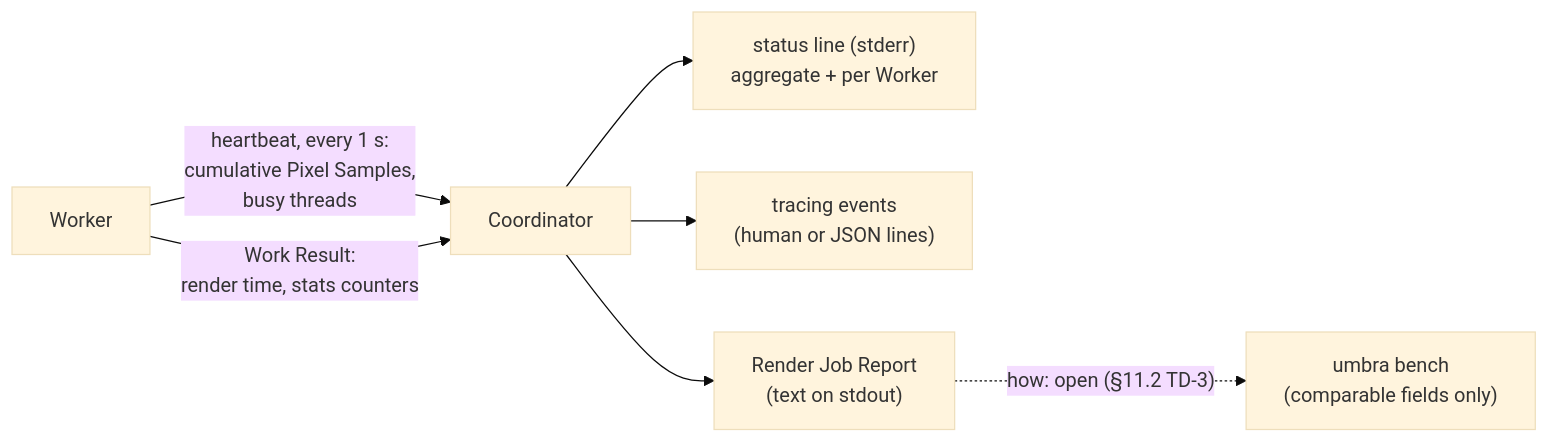
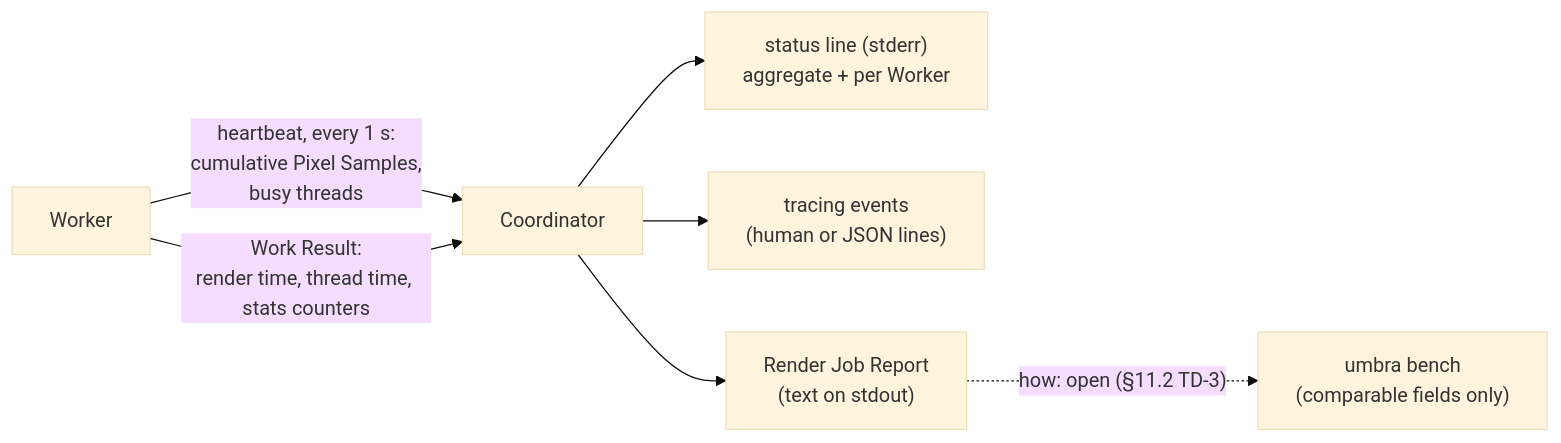
One commit to sergioffpc/umbra changed the eighth of 11 diagrams in docs/architecture/08-crosscutting-concepts.md. Above: the diagram before and after it, drawn with Mermaid (base theme). The commit also changed other lines of this file and 15 other files, not shown here.

````diff
--- a/docs/architecture/08-crosscutting-concepts.md
+++ b/docs/architecture/08-crosscutting-concepts.md
@@ -244,9 +244,9 @@
 ```mermaid
 flowchart LR
     W["Worker"] -->|"heartbeat, every 1 s:<br/>cumulative Pixel Samples,<br/>busy threads"| C["Coordinator"]
-    W -->|"Work Result:<br/>render time, stats counters"| C
+    W -->|"Work Result:<br/>render time, thread time, stats counters"| C
     C --> S["status line (stderr)<br/>aggregate + per Worker"]
     C --> L["tracing events<br/>(human or JSON lines)"]
     C --> R["Render Job Report<br/>(text on stdout)"]
     R -. "how: open (§11.2 TD-3)" .-> B["umbra bench<br/>(comparable fields only)"]
 ```
````
